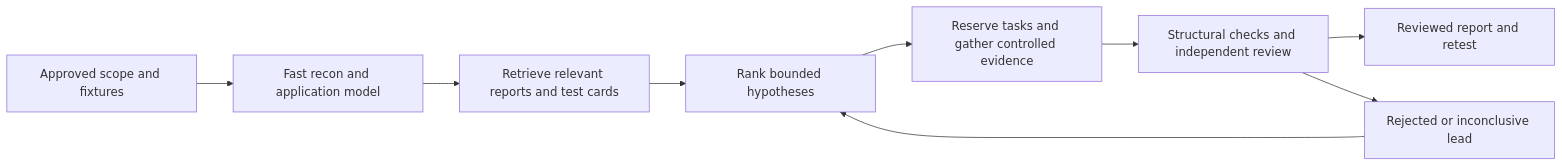
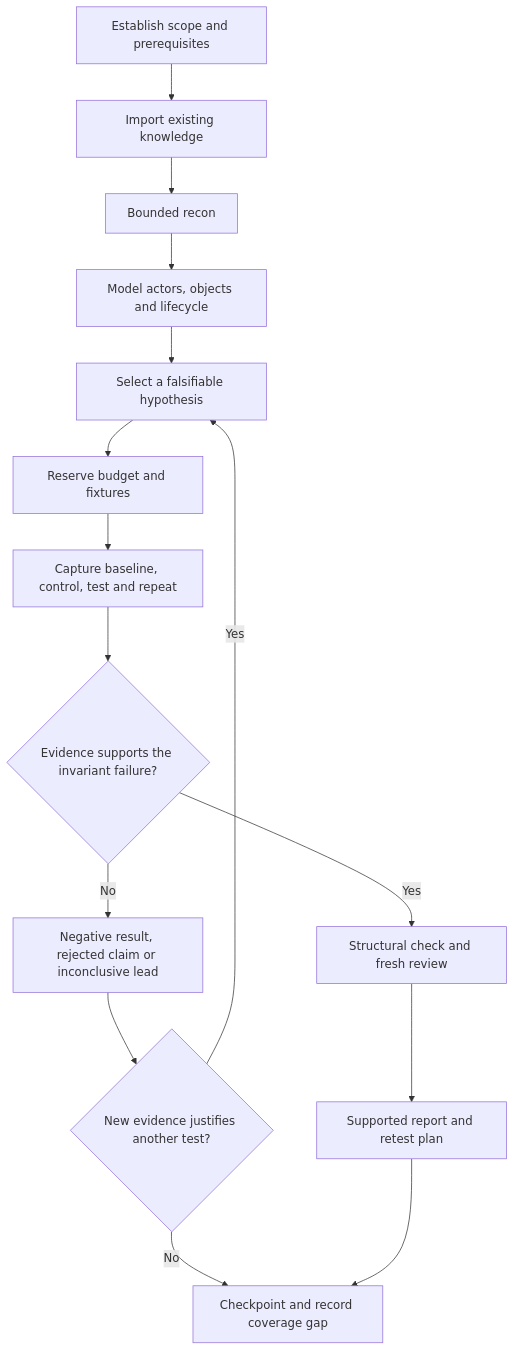
One commit to NipunDilshanSenevirathne/Redhood changed the third of 9 diagrams in README.md. Above: the diagram before and after it, drawn with Mermaid. The commit also changed other lines of this file, not shown here.

````diff
--- a/README.md
+++ b/README.md
@@ -11,11 +259,17 @@
 ```mermaid
-flowchart LR
-  A[Approved scope and fixtures] --> B[Fast recon and application model]
-  B --> C[Retrieve relevant reports and test cards]
-  C --> D[Rank bounded hypotheses]
-  D --> E[Reserve tasks and gather controlled evidence]
-  E --> F[Structural checks and independent review]
-  F --> G[Reviewed report and retest]
-  F --> H[Rejected or inconclusive lead]
-  H --> D
+flowchart TD
+  A["Establish scope and prerequisites"] --> B["Import existing knowledge"]
+  B --> C["Bounded recon"]
+  C --> D["Model actors, objects and lifecycle"]
+  D --> E["Select a falsifiable hypothesis"]
+  E --> F["Reserve budget and fixtures"]
+  F --> G["Capture baseline, control, test and repeat"]
+  G --> H{"Evidence supports the invariant failure?"}
+  H -->|No| I["Negative result, rejected claim or inconclusive lead"]
+  H -->|Yes| J["Structural check and fresh review"]
+  J --> K["Supported report and retest plan"]
+  I --> L{"New evidence justifies another test?"}
+  L -->|Yes| E
+  L -->|No| M["Checkpoint and record coverage gap"]
+  K --> M
 ```
````
